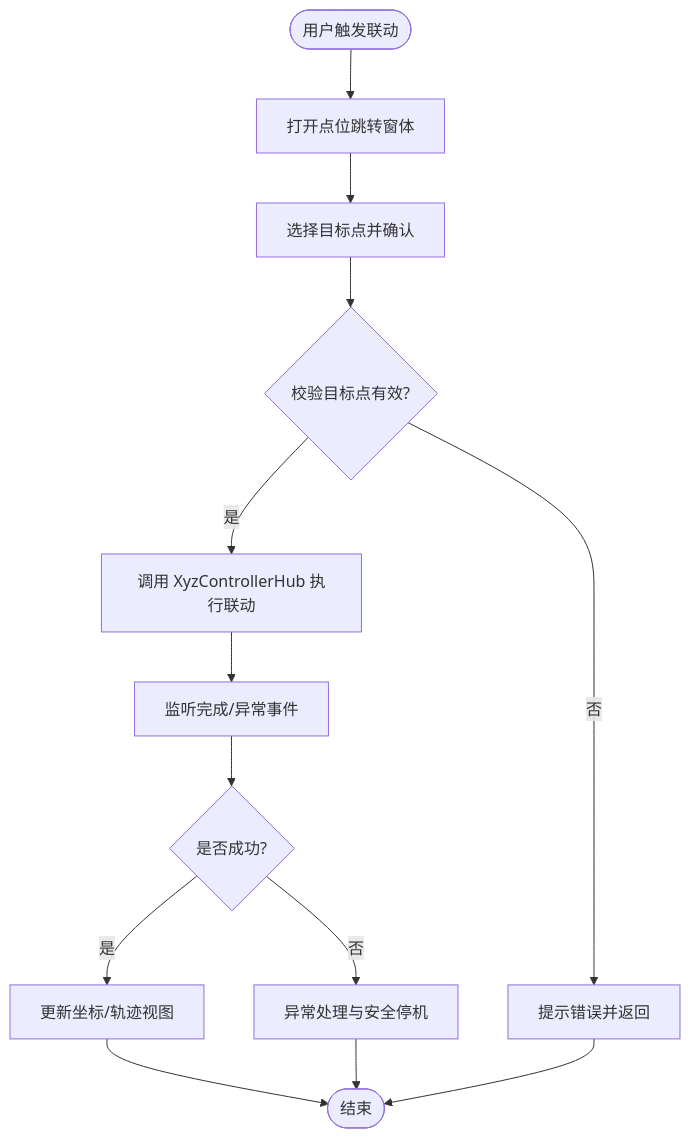
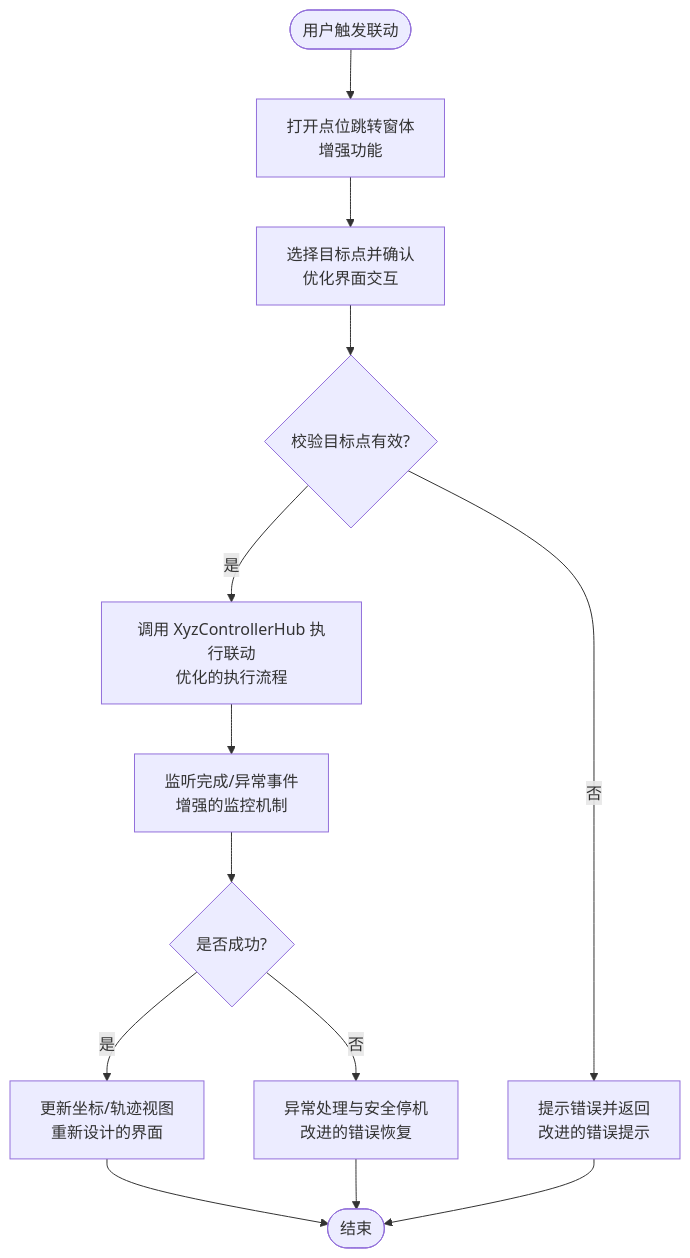
Before and after one commit to fuweiq94-cloud/3399180760: the fourth of 5 diagrams in .qoder/repowiki/zh/content/架构设计/主窗体协调器.md, drawn with Mermaid. The commit also changed other lines of this file and 22 other files, not shown here.

````diff
--- a/.qoder/repowiki/zh/content/架构设计/主窗体协调器.md
+++ b/.qoder/repowiki/zh/content/架构设计/主窗体协调器.md
@@ -289,15 +317,15 @@
 ```mermaid
 flowchart TD
-Start(["用户触发联动"]) --> OpenForm["打开点位跳转窗体"]
-OpenForm --> SelectPoint["选择目标点并确认"]
+Start(["用户触发联动"]) --> OpenForm["打开点位跳转窗体<br/>增强功能"]
+OpenForm --> SelectPoint["选择目标点并确认<br/>优化界面交互"]
 SelectPoint --> Validate{"校验目标点有效?"}
-Validate --> |否| PromptError["提示错误并返回"]
-Validate --> |是| ExecuteMove["调用 XyzControllerHub 执行联动"]
-ExecuteMove --> Monitor["监听完成/异常事件"]
+Validate --> |否| PromptError["提示错误并返回<br/>改进的错误提示"]
+Validate --> |是| ExecuteMove["调用 XyzControllerHub 执行联动<br/>优化的执行流程"]
+ExecuteMove --> Monitor["监听完成/异常事件<br/>增强的监控机制"]
 Monitor --> Success{"是否成功?"}
-Success --> |是| UpdateUI["更新坐标/轨迹视图"]
-Success --> |否| HandleError["异常处理与安全停机"]
+Success --> |是| UpdateUI["更新坐标/轨迹视图<br/>重新设计的界面"]
+Success --> |否| HandleError["异常处理与安全停机<br/>改进的错误恢复"]
 UpdateUI --> End(["结束"])
 HandleError --> End
 PromptError --> End
 ```
````
